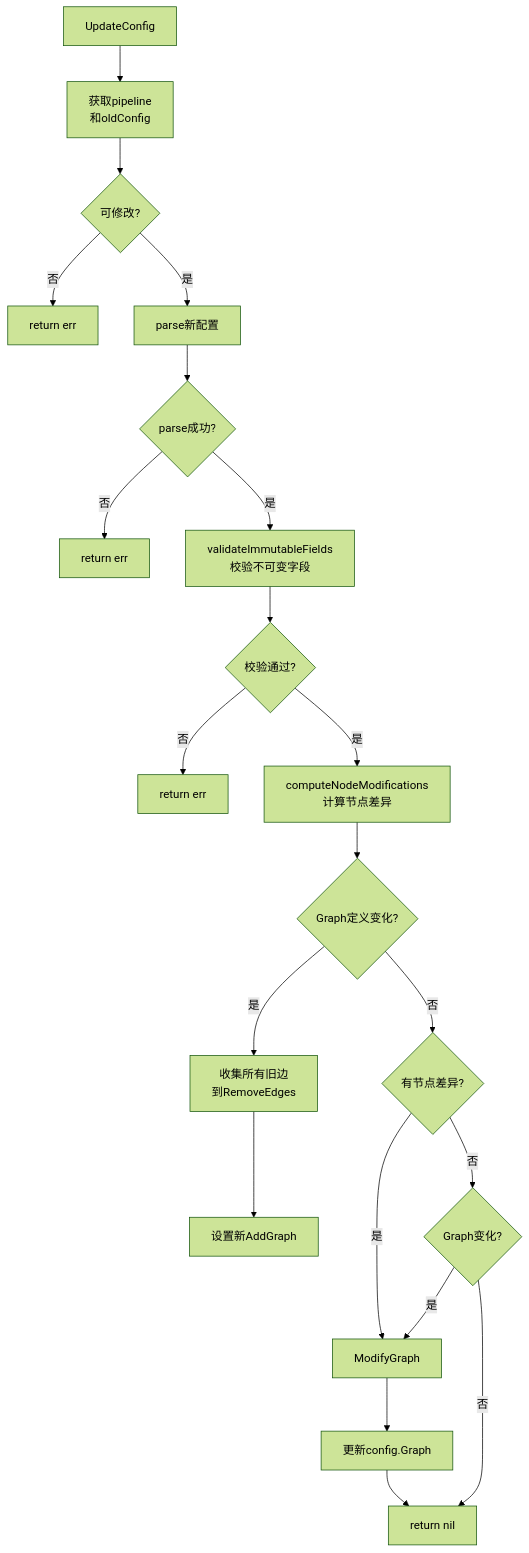
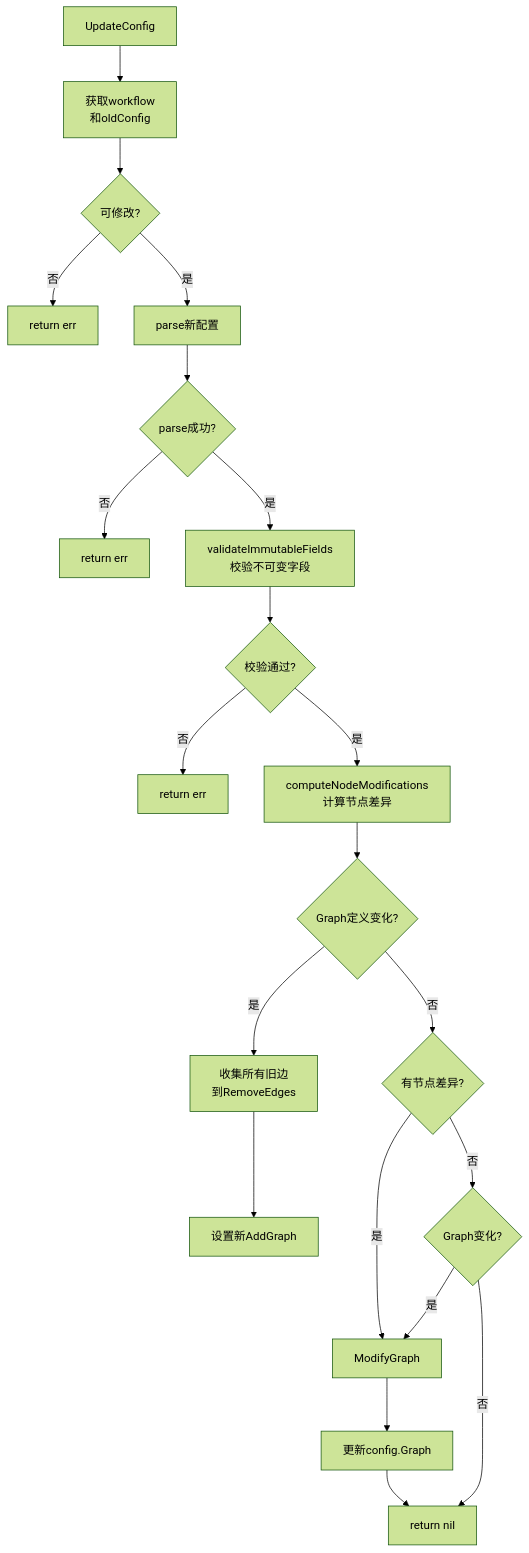
One commit to LerkoX/flowx changed the ninth of 12 diagrams in FLOWS.md. Above: the diagram before and after it, drawn with Mermaid (forest theme). The commit also changed other lines of this file and 99 other files, not shown here.

````diff
--- a/FLOWS.md
+++ b/FLOWS.md
@@ -232,26 +232,26 @@
 ```mermaid
 flowchart TD
-    A[UpdateConfig] --> B[获取pipeline<br/>和oldConfig]
+    A[UpdateConfig] --> B[获取workflow<br/>和oldConfig]
     B --> C{可修改?}
     C -->|否| D[return err]
     C -->|是| E[parse新配置]
 
     E --> F{parse成功?}
     F -->|否| G[return err]
     F -->|是| H[validateImmutableFields<br/>校验不可变字段]
 
     H --> I{校验通过?}
     I -->|否| J[return err]
     I -->|是| K[computeNodeModifications<br/>计算节点差异]
 
     K --> L{Graph定义变化?}
     L -->|是| M[收集所有旧边<br/>到RemoveEdges]
     M --> N[设置新AddGraph]
     L -->|否| O{有节点差异?}
     O -->|是| P[ModifyGraph]
     O -->|否| Q{Graph变化?}
     Q -->|是| P
     Q -->|否| Z[return nil]
     P --> R[更新config.Graph]
     R --> Z
 ```
````
